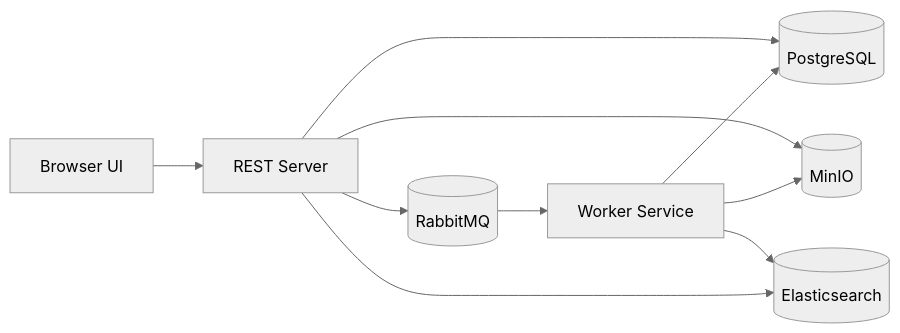
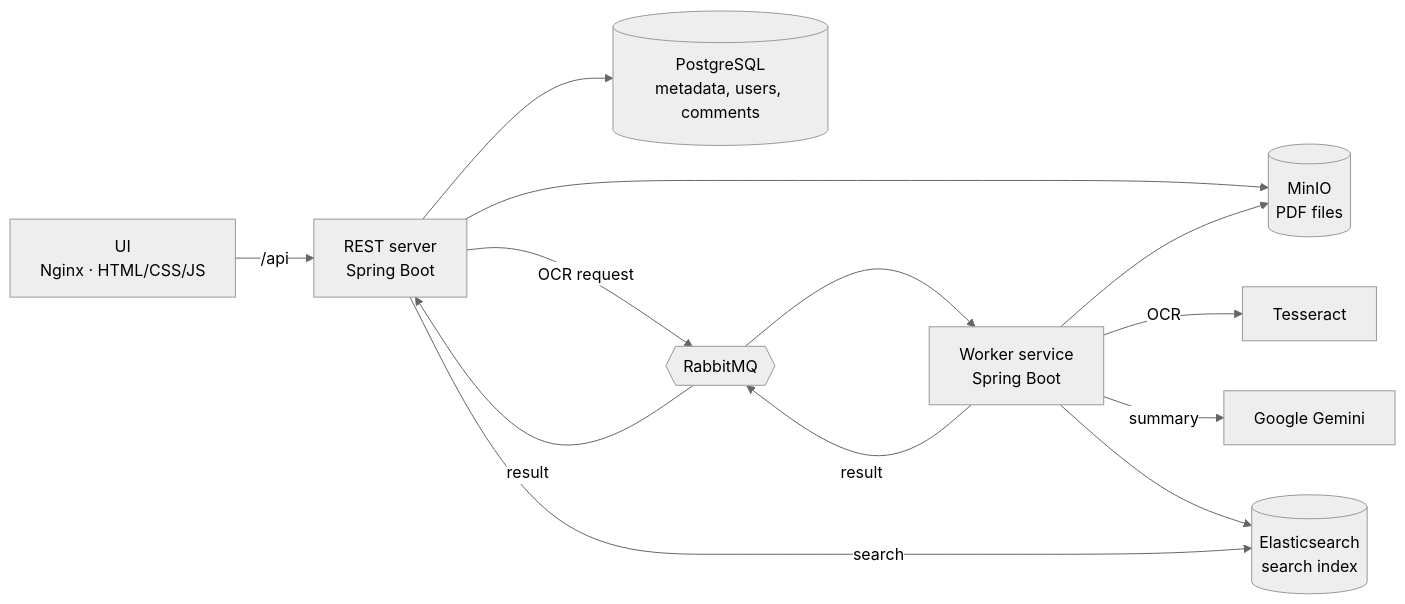
Before and after one commit to if23b152/document_system: the first of 2 diagrams in README.md, drawn with Mermaid (neutral theme). The commit also changed other lines of this file and 13 other files, not shown here.

````diff
--- a/README.md
+++ b/README.md
@@ -20,12 +47,15 @@
 ```mermaid
 flowchart LR
-    UI[Browser UI] --> REST[REST Server]
-    REST --> PG[(PostgreSQL)]
-    REST --> MINIO[(MinIO)]
-    REST --> RABBIT[(RabbitMQ)]
-    RABBIT --> WORKER[Worker Service]
+    UI["UI<br/>Nginx · HTML/CSS/JS"] -->|/api| REST["REST server<br/>Spring Boot"]
+    REST --> PG[(PostgreSQL<br/>metadata, users, comments)]
+    REST --> MINIO[(MinIO<br/>PDF files)]
+    REST -->|OCR request| MQ{{RabbitMQ}}
+    MQ --> WORKER["Worker service<br/>Spring Boot"]
     WORKER --> MINIO
-    WORKER --> ES[(Elasticsearch)]
-    WORKER --> PG
-    REST --> ES
+    WORKER -->|OCR| TESS[Tesseract]
+    WORKER -->|summary| GEMINI[Google Gemini]
+    WORKER --> ES[(Elasticsearch<br/>search index)]
+    WORKER -->|result| MQ
+    MQ -->|result| REST
+    REST -->|search| ES
 ```
````
